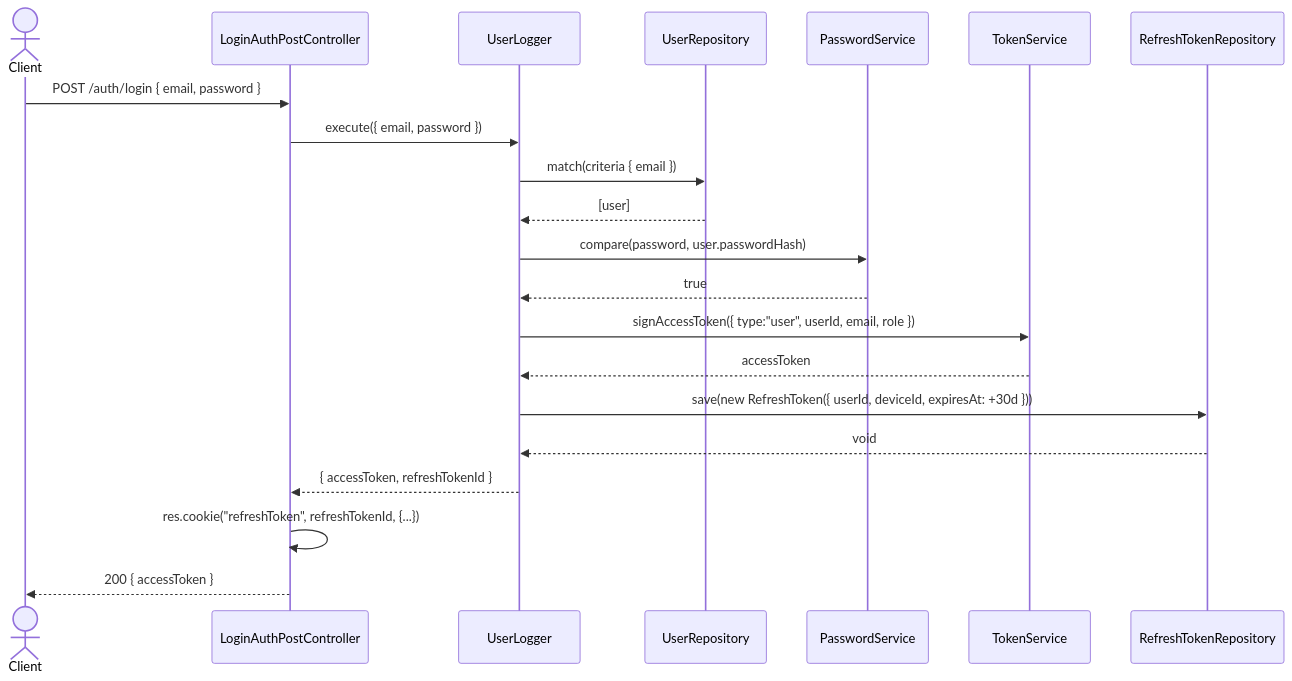
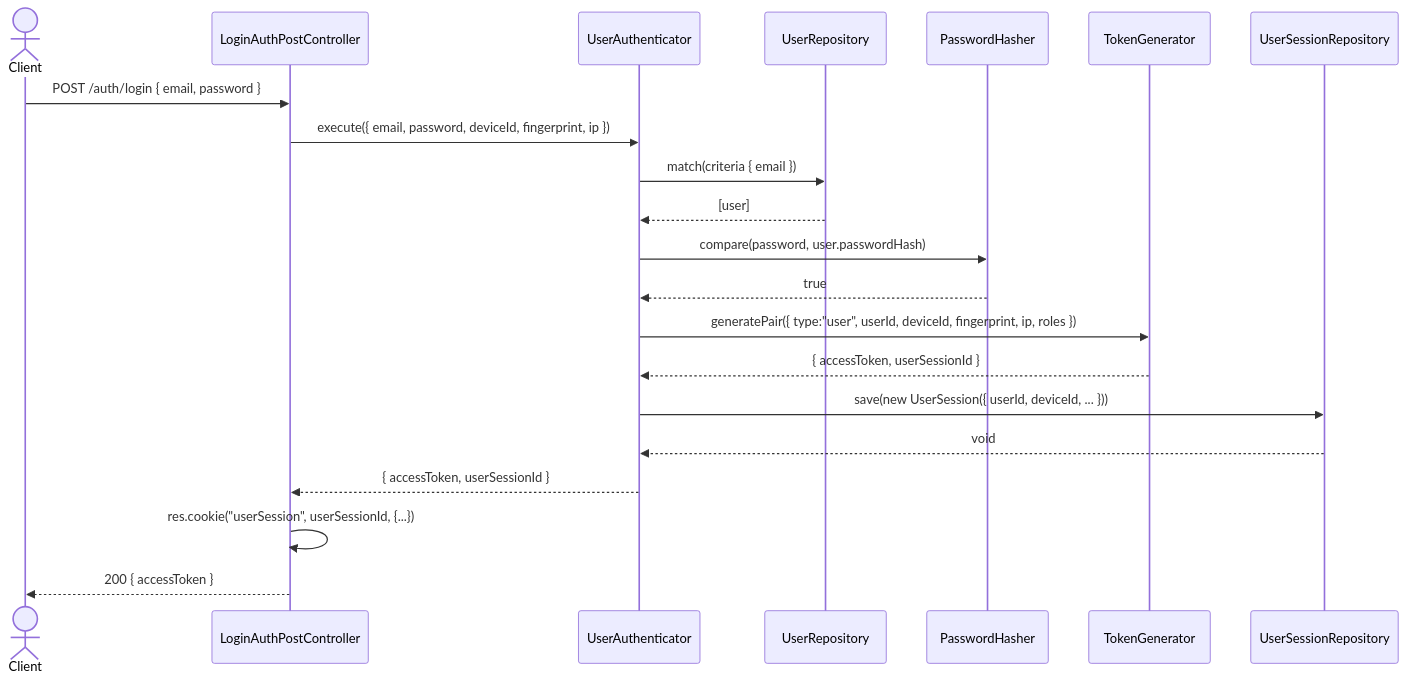
Before and after one commit to AbrahamVilchesDeLaCruz/ididntcatchthat: the first of 2 diagrams in docs/apps/api/identity/login/sequence.md, drawn with Mermaid. The commit also changed other lines of this file and 184 other files, not shown here.

````diff
--- a/docs/apps/api/identity/login/sequence.md
+++ b/docs/apps/api/identity/login/sequence.md
@@ -7,29 +7,29 @@
 ```mermaid
 sequenceDiagram
     actor Client
     participant C as LoginAuthPostController
-    participant UC as UserLogger
+    participant UC as UserAuthenticator
     participant UREPO as UserRepository
-    participant PS as PasswordService
-    participant TS as TokenService
-    participant RTREPO as RefreshTokenRepository
+    participant PH as PasswordHasher
+    participant TG as TokenGenerator
+    participant RTREPO as UserSessionRepository
 
     Client->>C: POST /auth/login { email, password }
-    C->>UC: execute({ email, password })
+    C->>UC: execute({ email, password, deviceId, fingerprint, ip })
 
     UC->>UREPO: match(criteria { email })
     UREPO-->>UC: [user]
 
-    UC->>PS: compare(password, user.passwordHash)
-    PS-->>UC: true
+    UC->>PH: compare(password, user.passwordHash)
+    PH-->>UC: true
 
-    UC->>TS: signAccessToken({ type:"user", userId, email, role })
-    TS-->>UC: accessToken
+    UC->>TG: generatePair({ type:"user", userId, deviceId, fingerprint, ip, roles })
+    TG-->>UC: { accessToken, userSessionId }
 
-    UC->>RTREPO: save(new RefreshToken({ userId, deviceId, expiresAt: +30d }))
+    UC->>RTREPO: save(new UserSession({ userId, deviceId, ... }))
     RTREPO-->>UC: void
 
-    UC-->>C: { accessToken, refreshTokenId }
-    C->>C: res.cookie("refreshToken", refreshTokenId, {...})
+    UC-->>C: { accessToken, userSessionId }
+    C->>C: res.cookie("userSession", userSessionId, {...})
     C-->>Client: 200 { accessToken }
 ```
````
